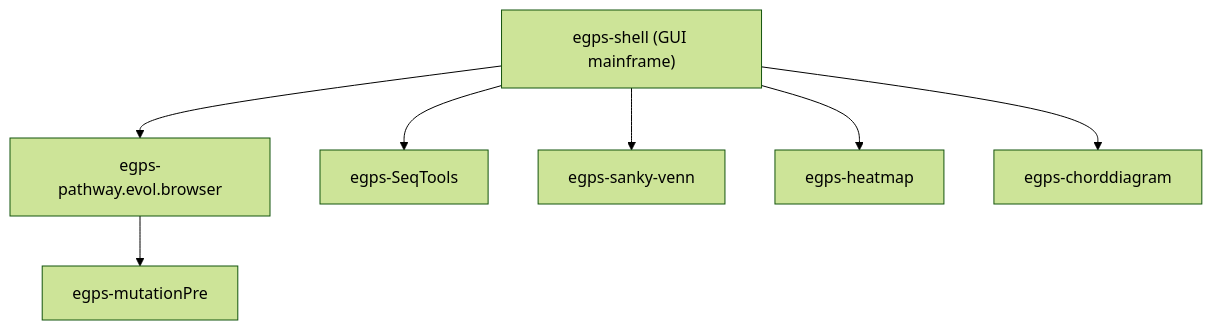
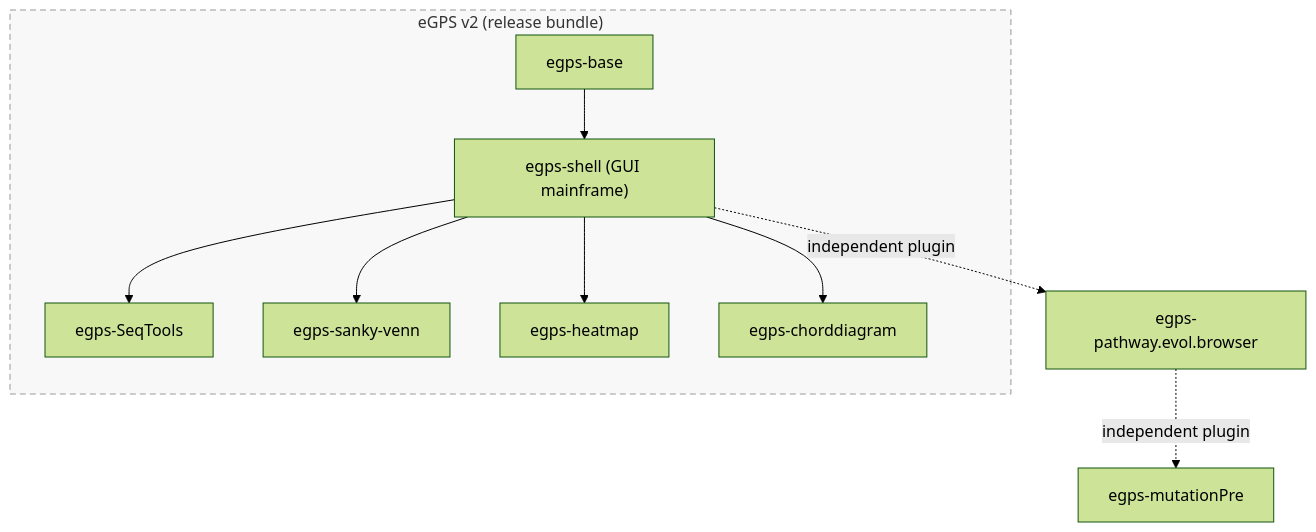
The diagram in README.md (yudalang3/eGPS_v2), drawn with Mermaid (forest theme) before and after one commit. The commit also changed other lines of this file and 1 other file, not shown here.

First line of the commit message:
Refactor README module structure: eGPS v2 core bundle vs independent plugins

````diff
--- a/README.md
+++ b/README.md
@@ -53,9 +37,13 @@
 ```mermaid
 graph TD
-  shell["egps-shell (GUI mainframe)"] --> pe[egps-pathway.evol.browser]
-  shell --> seq[egps-SeqTools]
-  pe --> mut[egps-mutationPre]
-  shell --> sankyvenn[egps-sanky-venn]
-  shell --> heat[egps-heatmap]
-  shell --> chord[egps-chorddiagram]
+  subgraph bundle["eGPS v2 (release bundle)"]
+    base[egps-base] --> shell["egps-shell (GUI mainframe)"]
+    shell --> seq[egps-SeqTools]
+    shell --> sankyvenn[egps-sanky-venn]
+    shell --> heat[egps-heatmap]
+    shell --> chord[egps-chorddiagram]
+  end
+  shell -.->|independent plugin| pe[egps-pathway.evol.browser]
+  pe -.->|independent plugin| mut[egps-mutationPre]
+  style bundle fill:#f8f8f8,stroke:#999,stroke-dasharray:6 4
 ```
````
